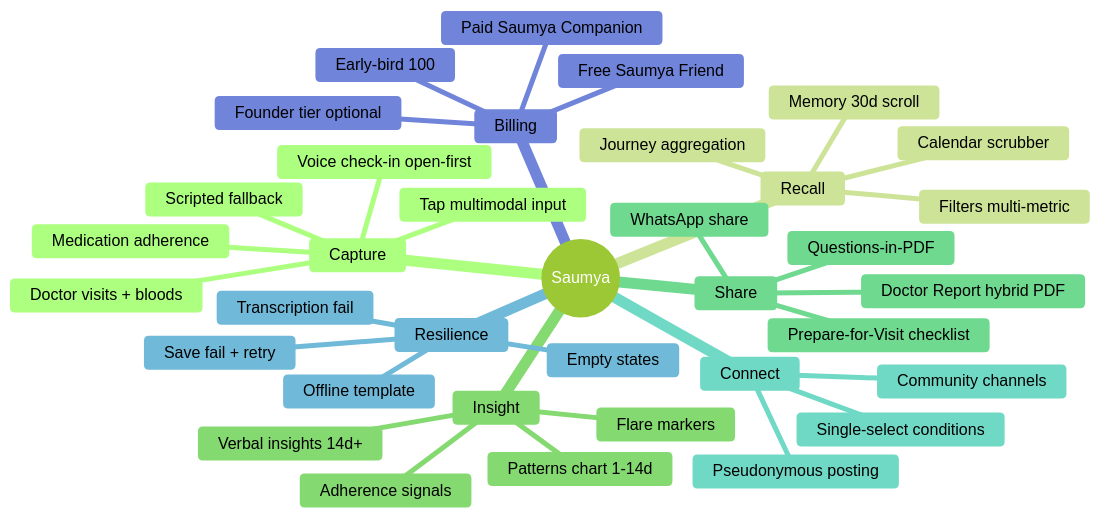
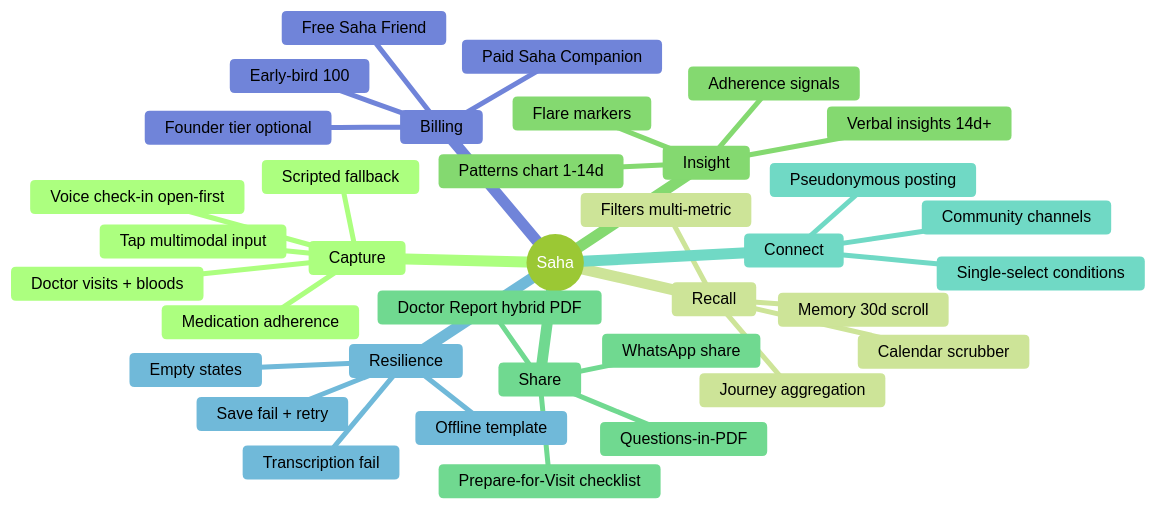
The sixth of 7 diagrams in docs/build-plan.md (rewant24/autoimmune-health-companion), drawn with Mermaid (forest theme) before and after one commit. The commit also changed other lines of this file and 39 other files, not shown here.

First line of the commit message:
chore: rebrand Saumya -> Saha (#3)

````diff
--- a/docs/build-plan.md
+++ b/docs/build-plan.md
@@ -882,39 +882,39 @@
 ```mermaid
 mindmap
-  root((Saumya))
+  root((Saha))
     Capture
       Voice check-in open-first
       Scripted fallback
       Tap multimodal input
       Medication adherence
       Doctor visits + bloods
     Recall
       Memory 30d scroll
       Journey aggregation
       Calendar scrubber
       Filters multi-metric
     Insight
       Patterns chart 1-14d
       Verbal insights 14d+
       Flare markers
       Adherence signals
     Share
       Doctor Report hybrid PDF
       WhatsApp share
       Prepare-for-Visit checklist
       Questions-in-PDF
     Connect
       Community channels
       Pseudonymous posting
       Single-select conditions
     Resilience
       Offline template
       Transcription fail
       Save fail + retry
       Empty states
     Billing
-      Free Saumya Friend
-      Paid Saumya Companion
+      Free Saha Friend
+      Paid Saha Companion
       Early-bird 100
       Founder tier optional
 ```
````
